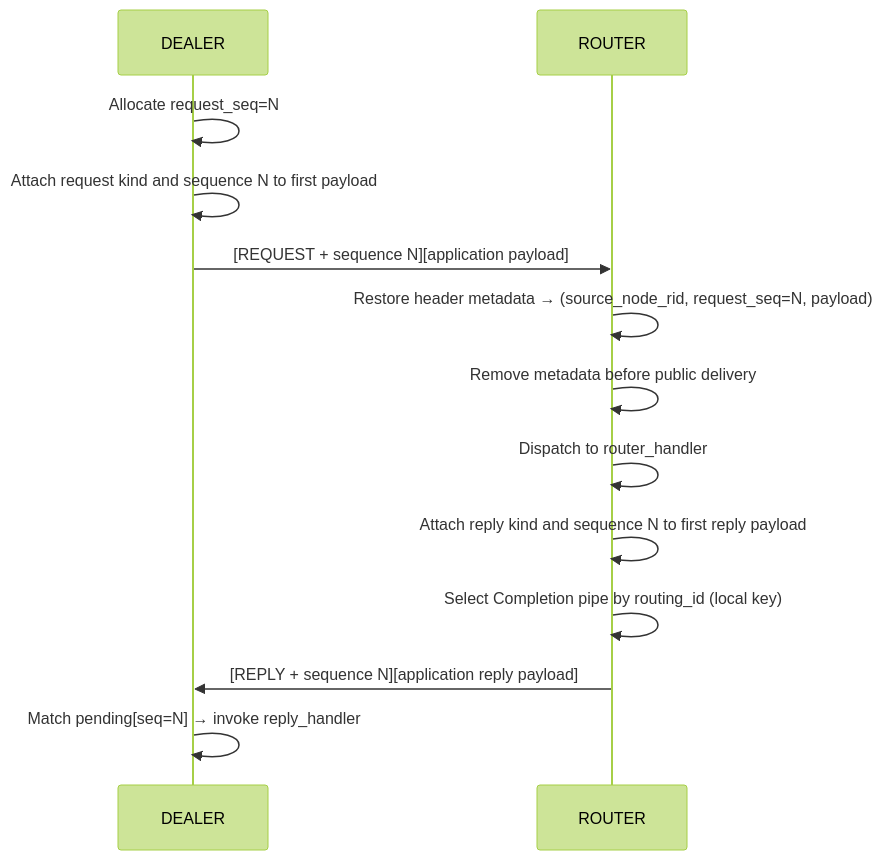
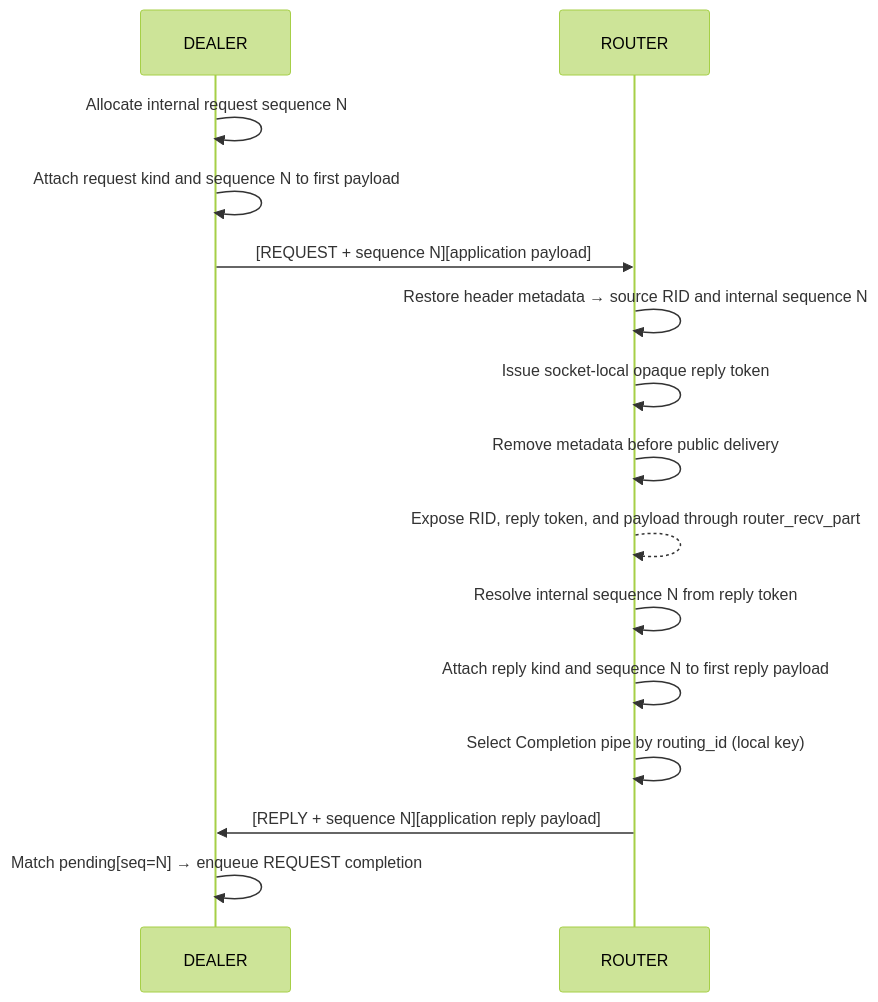
The second of 2 diagrams in core/doc/spec/core/protocol/01-zmp.en.md (zlink-systems/zlink), drawn with Mermaid (forest theme) before and after one commit. The commit also changed other lines of this file and 49 other files, not shown here.

First line of the commit message:
docs(spec): define pull socket completion and receive contracts

````diff
--- a/core/doc/spec/core/protocol/01-zmp.en.md
+++ b/core/doc/spec/core/protocol/01-zmp.en.md
@@ -276,16 +276,18 @@
 ```mermaid
 sequenceDiagram
     participant D as DEALER
     participant R as ROUTER
 
-    D->>D: Allocate request_seq=N
+    D->>D: Allocate internal request sequence N
     D->>D: Attach request kind and sequence N to first payload
     D->>R: [REQUEST + sequence N][application payload]
-    R->>R: Restore header metadata → (source_node_rid, request_seq=N, payload)
+    R->>R: Restore header metadata → source RID and internal sequence N
+    R->>R: Issue socket-local opaque reply token
     R->>R: Remove metadata before public delivery
-    R->>R: Dispatch to router_handler
+    R-->>R: Expose RID, reply token, and payload through router_recv_part
+    R->>R: Resolve internal sequence N from reply token
     R->>R: Attach reply kind and sequence N to first reply payload
     R->>R: Select Completion pipe by routing_id (local key)
     R->>D: [REPLY + sequence N][application reply payload]
-    D->>D: Match pending[seq=N] → invoke reply_handler
+    D->>D: Match pending[seq=N] → enqueue REQUEST completion
 ```
````
